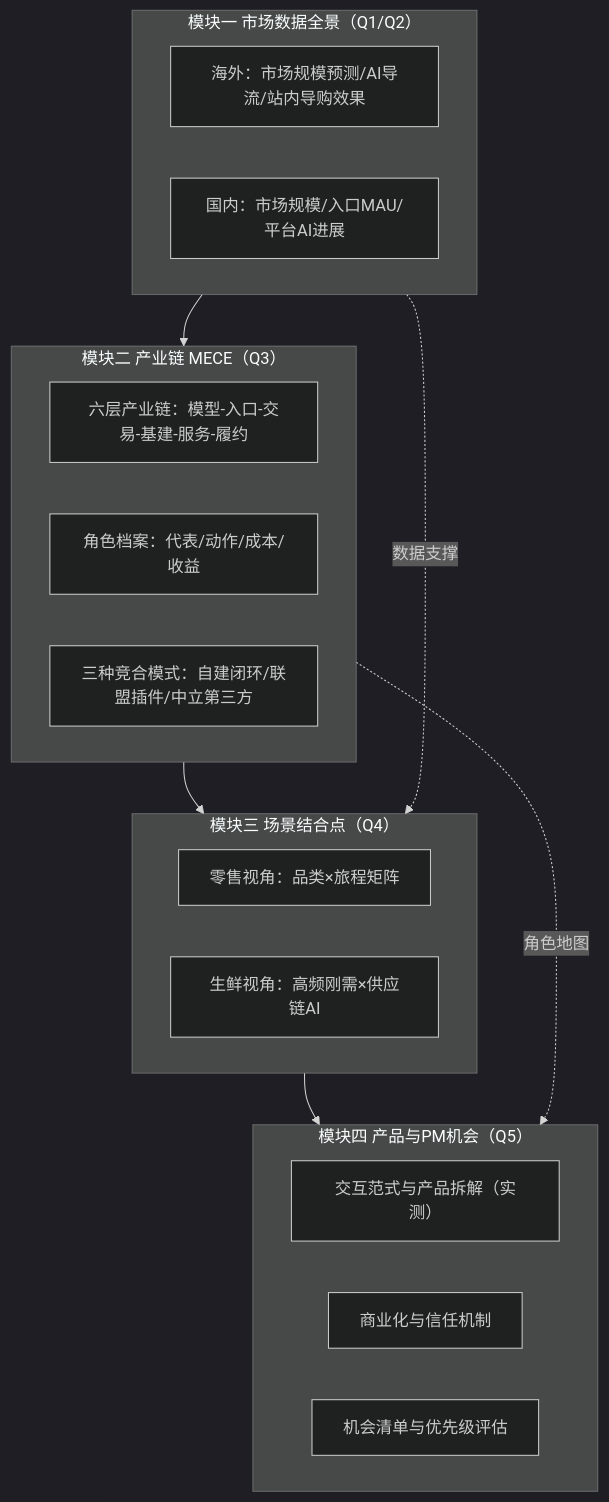
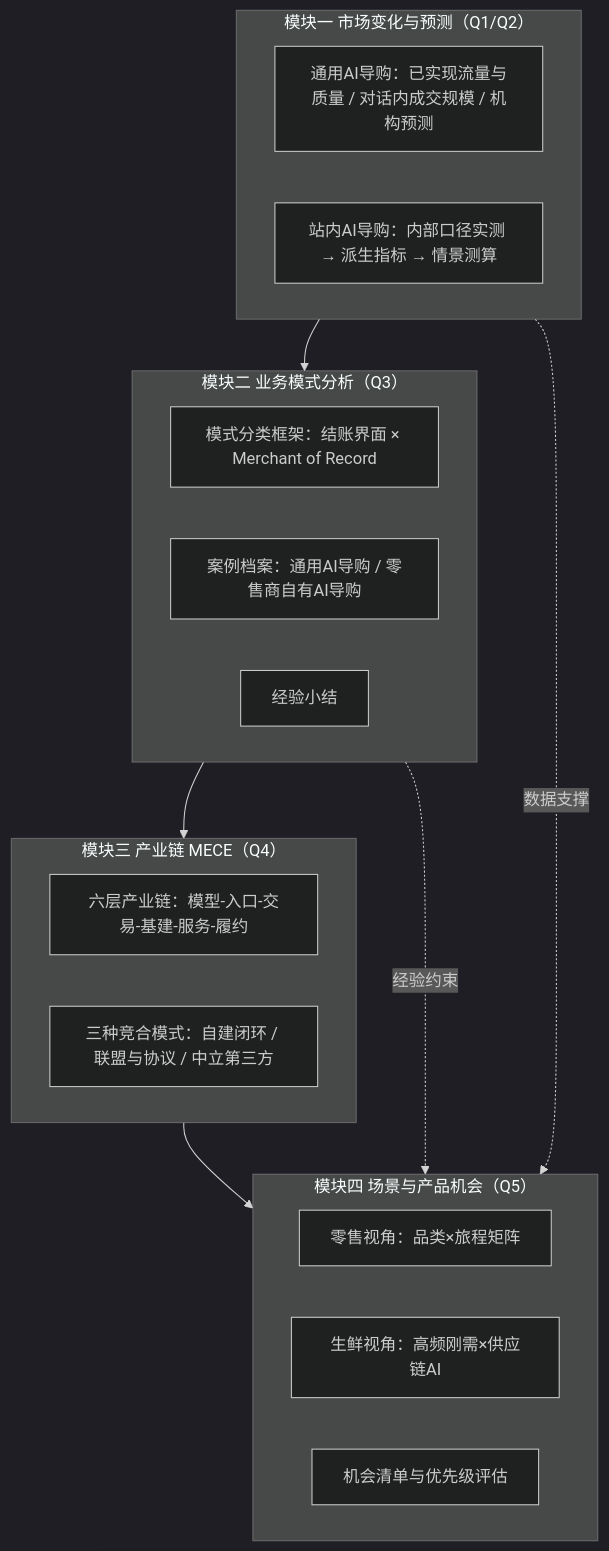
One commit to breeze2623-create/Aicommerce changed the diagram in docs/00_研究计划总览.md. Above: the diagram before and after it, drawn with Mermaid (dark theme). The commit also changed other lines of this file and 38 other files, not shown here.

````diff
--- a/docs/00_研究计划总览.md
+++ b/docs/00_研究计划总览.md
@@ -88,24 +120,24 @@
 ```mermaid
 flowchart TB
-    subgraph M1["模块一 市场数据全景（Q1/Q2）"]
-        A1["海外：市场规模预测/AI导流/站内导购效果"]
-        A2["国内：市场规模/入口MAU/平台AI进展"]
+    subgraph M1["模块一 市场变化与预测（Q1/Q2）"]
+        A1["通用AI导购：已实现流量与质量 / 对话内成交规模 / 机构预测"]
+        A2["站内AI导购：内部口径实测 → 派生指标 → 情景测算"]
     end
-    subgraph M2["模块二 产业链 MECE（Q3）"]
-        B1["六层产业链：模型-入口-交易-基建-服务-履约"]
-        B2["角色档案：代表/动作/成本/收益"]
-        B3["三种竞合模式：自建闭环/联盟插件/中立第三方"]
+    subgraph M2["模块二 业务模式分析（Q3）"]
+        B1["模式分类框架：结账界面 × Merchant of Record"]
+        B2["案例档案：通用AI导购 / 零售商自有AI导购"]
+        B3["经验小结"]
     end
-    subgraph M3["模块三 场景结合点（Q4）"]
-        C1["零售视角：品类×旅程矩阵"]
-        C2["生鲜视角：高频刚需×供应链AI"]
+    subgraph M3["模块三 产业链 MECE（Q4）"]
+        C1["六层产业链：模型-入口-交易-基建-服务-履约"]
+        C2["三种竞合模式：自建闭环 / 联盟与协议 / 中立第三方"]
     end
-    subgraph M4["模块四 产品与PM机会（Q5）"]
-        D1["交互范式与产品拆解（实测）"]
-        D2["商业化与信任机制"]
+    subgraph M4["模块四 场景与产品机会（Q5）"]
+        D1["零售视角：品类×旅程矩阵"]
+        D2["生鲜视角：高频刚需×供应链AI"]
         D3["机会清单与优先级评估"]
     end
     M1 --> M2 --> M3 --> M4
-    M1 -.数据支撑.-> M3
-    M2 -.角色地图.-> M4
+    M1 -.数据支撑.-> M4
+    M2 -.经验约束.-> M4
 ```
````
